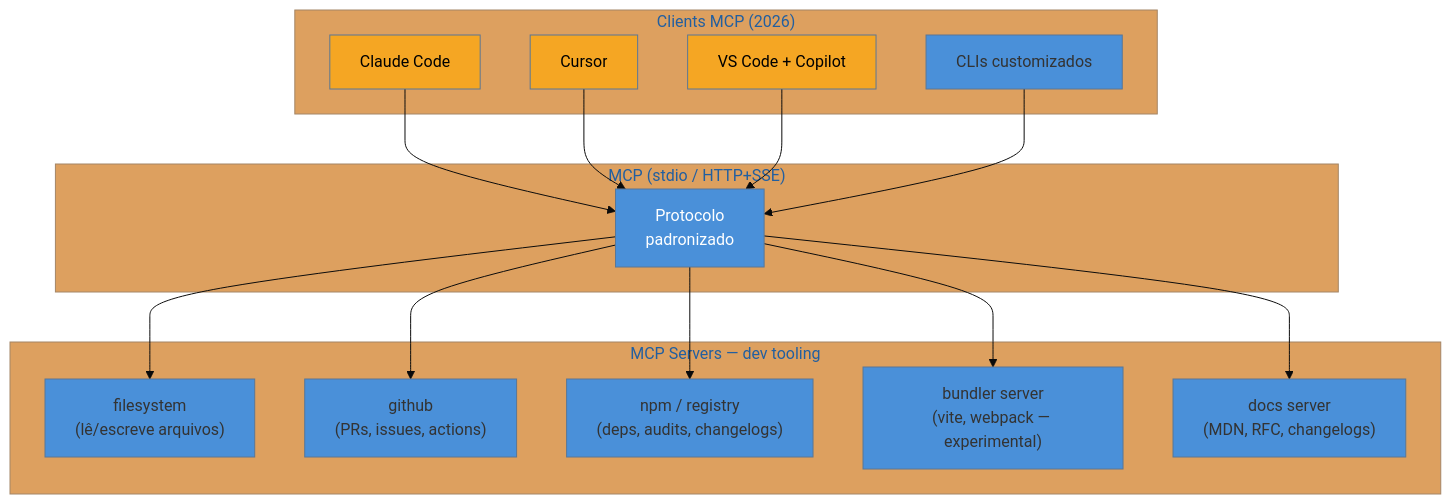
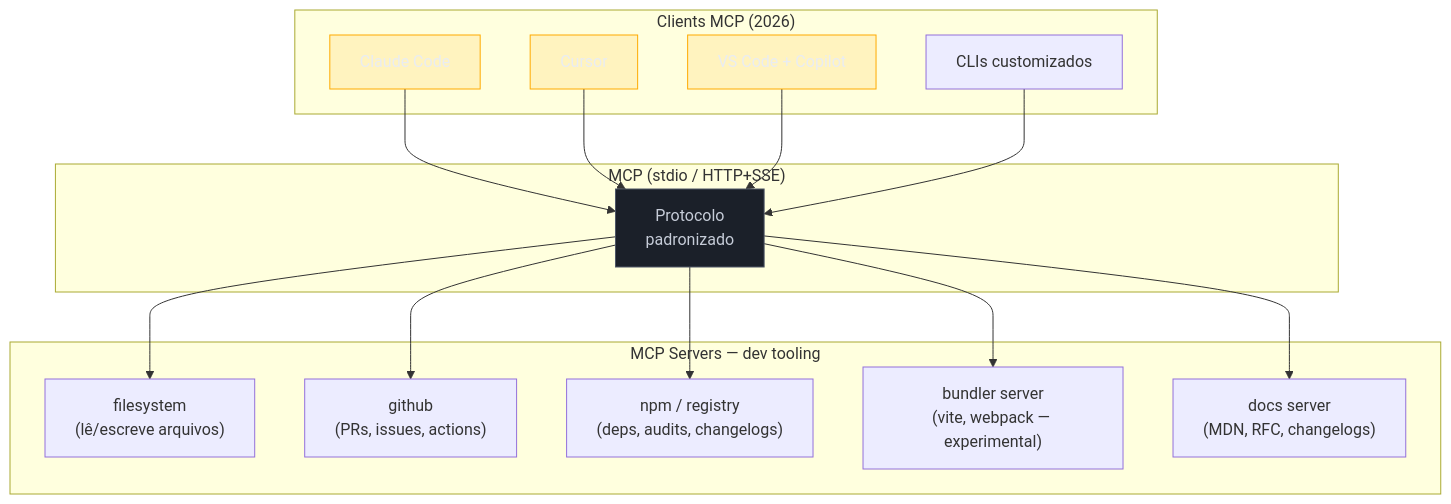
Before and after one commit to josenaldo/codex-technomanticus: the third of 7 diagrams in 03-Dominios/Tecnologia/Tooling e Build/25 - IA no tooling e build.md, drawn with Mermaid. The commit also changed other lines of this file and 1181 other files, not shown here.

First line of the commit message:
fix(diagramas): paleta do sistema no lugar de cor cravada no markdown

````diff
--- a/03-Dominios/Tecnologia/Tooling e Build/25 - IA no tooling e build.md
+++ b/03-Dominios/Tecnologia/Tooling e Build/25 - IA no tooling e build.md
@@ -193,38 +193,39 @@
 ```mermaid
-%%{init: {"theme": "base", "themeVariables": {"primaryColor": "#4A90D9"}}}%%
 graph TD
+    classDef neutro fill:#1B2029,stroke:#4E5666,color:#C6CCD8
+    classDef destaque fill:#FFAA0024,stroke:#FFAA00,color:#E9ECF2
     subgraph Clientes["Clients MCP (2026)"]
         CC["Claude Code"]
         CUR["Cursor"]
         VSC["VS Code + Copilot"]
         CLI["CLIs customizados"]
     end
 
     subgraph Protocolo["MCP (stdio / HTTP+SSE)"]
         PROTO["Protocolo\npadronizado"]
     end
 
     subgraph Servers["MCP Servers — dev tooling"]
         FS["filesystem\n(lê/escreve arquivos)"]
         GH["github\n(PRs, issues, actions)"]
         PKG["npm / registry\n(deps, audits, changelogs)"]
         BUILD["bundler server\n(vite, webpack — experimental)"]
         DOCS["docs server\n(MDN, RFC, changelogs)"]
     end
 
     CC --> PROTO
     CUR --> PROTO
     VSC --> PROTO
     CLI --> PROTO
 
     PROTO --> FS
     PROTO --> GH
     PROTO --> PKG
     PROTO --> BUILD
     PROTO --> DOCS
 
-    style PROTO fill:#4A90D9,color:#fff
-    style CC fill:#F5A623,color:#000
-    style CUR fill:#F5A623,color:#000
-    style VSC fill:#F5A623,color:#000
+    class PROTO neutro
+    class CC destaque
+    class CUR destaque
+    class VSC destaque
 ```
````
